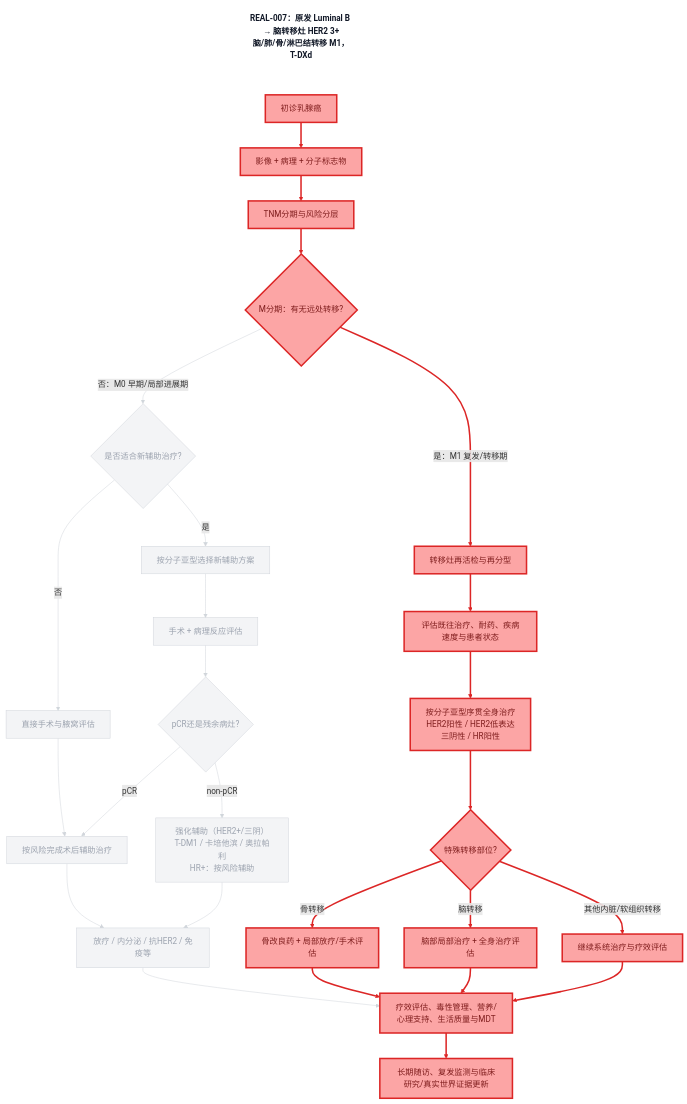
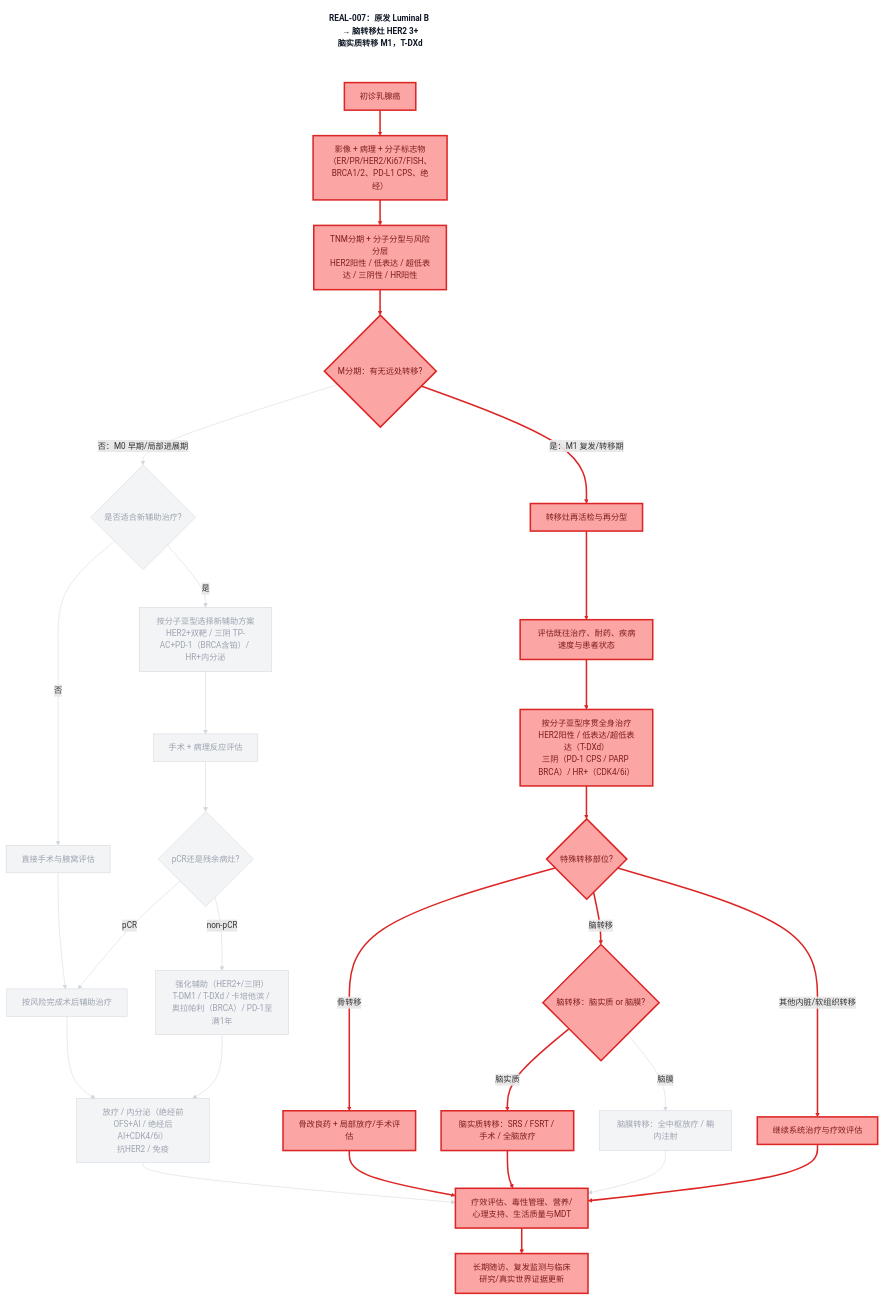
One commit to dongjb741280/breast-cancer changed the diagram in diagrams/decision-chain-REAL-007.mmd. Above: the diagram before and after it, drawn with Mermaid. The commit also changed 24 other files, not shown here.

```diff
--- a/diagrams/decision-chain-REAL-007.mmd
+++ b/diagrams/decision-chain-REAL-007.mmd
@@ -1,99 +1,109 @@
 graph TD
-    TITLE["REAL-007：原发 Luminal B → 脑转移灶 HER2 3+<br/>脑/肺/骨/淋巴结转移 M1，T-DXd"]
+    TITLE["REAL-007：原发 Luminal B → 脑转移灶 HER2 3+<br/>脑实质转移 M1，T-DXd"]
     A[初诊乳腺癌]
-    B[影像 + 病理 + 分子标志物]
-    C[TNM分期与风险分层]
+    B[影像 + 病理 + 分子标志物<br/>（ER/PR/HER2/Ki67/FISH、BRCA1/2、PD-L1 CPS、绝经）]
+    C[TNM分期 + 分子分型与风险分层<br/>HER2阳性 / 低表达 / 超低表达 / 三阴性 / HR阳性]
     D{M分期：有无远处转移?}
     E{是否适合新辅助治疗?}
-    F[按分子亚型选择新辅助方案]
+    F[按分子亚型选择新辅助方案<br/>HER2+双靶 / 三阴 TP-AC+PD-1（BRCA含铂）/ HR+内分泌]
     G[直接手术与腋窝评估]
     H[手术 + 病理反应评估]
     I{pCR还是残余病灶?}
     J[按风险完成术后辅助治疗]
-    K[强化辅助（HER2+/三阴）<br/>T-DM1 / 卡培他滨 / 奥拉帕利<br/>HR+：按风险辅助]
-    L[放疗 / 内分泌 / 抗HER2 / 免疫等]
+    K[强化辅助（HER2+/三阴）<br/>T-DM1 / T-DXd / 卡培他滨 / 奥拉帕利（BRCA）/ PD-1至满1年]
+    L[放疗 / 内分泌（绝经前OFS+AI / 绝经后AI+CDK4/6i）<br/>抗HER2 / 免疫]
     M[转移灶再活检与再分型]
     N[评估既往治疗、耐药、疾病速度与患者状态]
-    O[按分子亚型序贯全身治疗<br/>HER2阳性 / HER2低表达<br/>三阴性 / HR阳性]
+    O[按分子亚型序贯全身治疗<br/>HER2阳性 / 低表达/超低表达（T-DXd）<br/>三阴（PD-1 CPS / PARP BRCA）/ HR+（CDK4/6i）]
     P{特殊转移部位?}
     Q[骨改良药 + 局部放疗/手术评估]
-    R[脑部局部治疗 + 全身治疗评估]
+    R{脑转移：脑实质 or 脑膜?}
+    R1[脑实质转移：SRS / FSRT / 手术 / 全脑放疗]
+    R2[脑膜转移：全中枢放疗 / 鞘内注射]
     S[继续系统治疗与疗效评估]
     T[疗效评估、毒性管理、营养/心理支持、生活质量与MDT]
     U[长期随访、复发监测与临床研究/真实世界证据更新]
     A --> B
     B --> C
     C --> D
     D -->|否：M0 早期/局部进展期| E
     E -->|是| F
     E -->|否| G
     F --> H
     G --> J
     H --> I
     I -->|pCR| J
     I -->|non-pCR| K
     J --> L
     K --> L
     D -->|是：M1 复发/转移期| M
     M --> N
     N --> O
     O --> P
     P -->|骨转移| Q
     P -->|脑转移| R
     P -->|其他内脏/软组织转移| S
+    R -->|脑实质| R1
+    R -->|脑膜| R2
     L --> T
     Q --> T
-    R --> T
+    R1 --> T
+    R2 --> T
     S --> T
     T --> U
     TITLE ~~~ A
     classDef path fill:#fca5a5,stroke:#dc2626,color:#7f1d1d,stroke-width:3px;
     classDef dim fill:#f3f4f6,stroke:#d1d5db,color:#9ca3af,stroke-width:1px;
     classDef caption fill:#fff,stroke:none,color:#111827,font-weight:bold;
     class TITLE caption;
     class A path;
     class B path;
     class C path;
     class D path;
     class E dim;
     class F dim;
     class G dim;
     class H dim;
     class I dim;
     class J dim;
     class K dim;
     class L dim;
     class M path;
     class N path;
     class O path;
     class P path;
     class Q path;
     class R path;
+    class R1 path;
+    class R2 dim;
     class S path;
     class T path;
     class U path;
     linkStyle 0 stroke:#dc2626,stroke-width:3px;
     linkStyle 1 stroke:#dc2626,stroke-width:3px;
     linkStyle 2 stroke:#dc2626,stroke-width:3px;
     linkStyle 3 stroke:#d1d5db,stroke-width:1px;
     linkStyle 4 stroke:#d1d5db,stroke-width:1px;
     linkStyle 5 stroke:#d1d5db,stroke-width:1px;
     linkStyle 6 stroke:#d1d5db,stroke-width:1px;
     linkStyle 7 stroke:#d1d5db,stroke-width:1px;
     linkStyle 8 stroke:#d1d5db,stroke-width:1px;
     linkStyle 9 stroke:#d1d5db,stroke-width:1px;
     linkStyle 10 stroke:#d1d5db,stroke-width:1px;
     linkStyle 11 stroke:#d1d5db,stroke-width:1px;
     linkStyle 12 stroke:#d1d5db,stroke-width:1px;
     linkStyle 13 stroke:#dc2626,stroke-width:3px;
     linkStyle 14 stroke:#dc2626,stroke-width:3px;
     linkStyle 15 stroke:#dc2626,stroke-width:3px;
     linkStyle 16 stroke:#dc2626,stroke-width:3px;
     linkStyle 17 stroke:#dc2626,stroke-width:3px;
     linkStyle 18 stroke:#dc2626,stroke-width:3px;
     linkStyle 19 stroke:#dc2626,stroke-width:3px;
-    linkStyle 20 stroke:#d1d5db,stroke-width:1px;
-    linkStyle 21 stroke:#dc2626,stroke-width:3px;
-    linkStyle 22 stroke:#dc2626,stroke-width:3px;
+    linkStyle 20 stroke:#dc2626,stroke-width:3px;
+    linkStyle 21 stroke:#d1d5db,stroke-width:1px;
+    linkStyle 22 stroke:#d1d5db,stroke-width:1px;
     linkStyle 23 stroke:#dc2626,stroke-width:3px;
     linkStyle 24 stroke:#dc2626,stroke-width:3px;
+    linkStyle 25 stroke:#d1d5db,stroke-width:1px;
+    linkStyle 26 stroke:#dc2626,stroke-width:3px;
+    linkStyle 27 stroke:#dc2626,stroke-width:3px;
```
